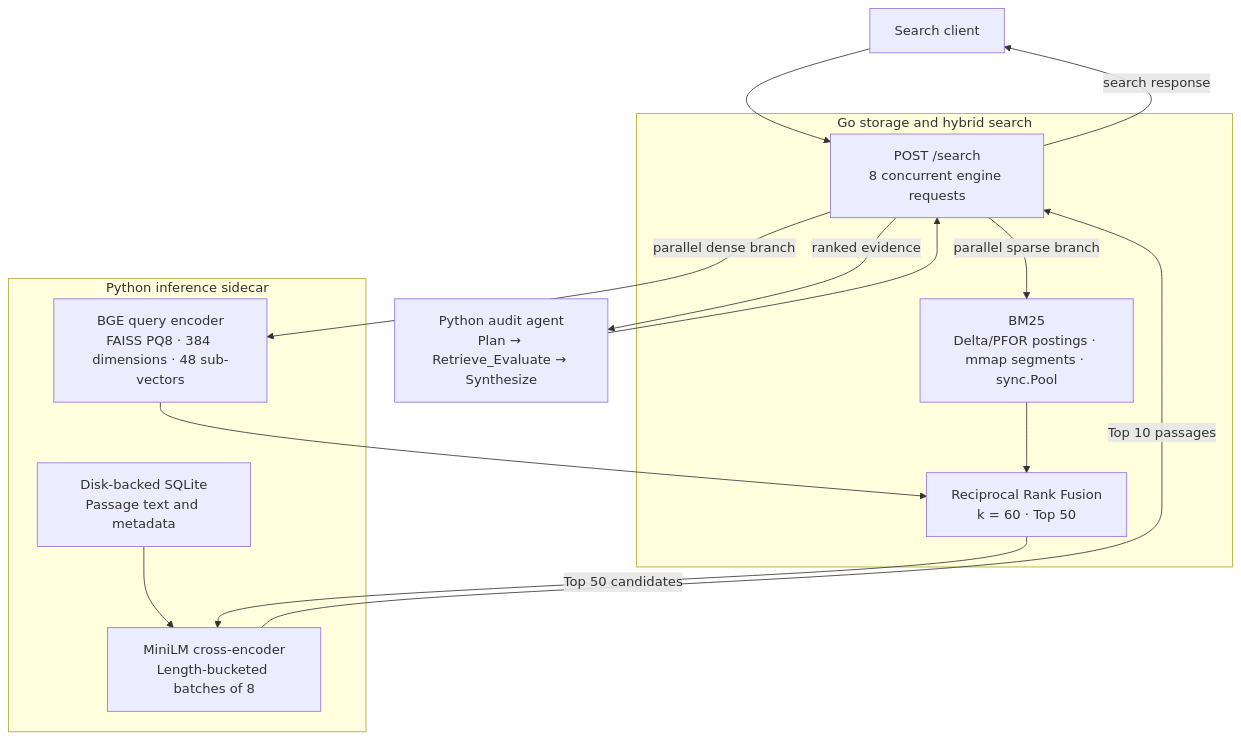
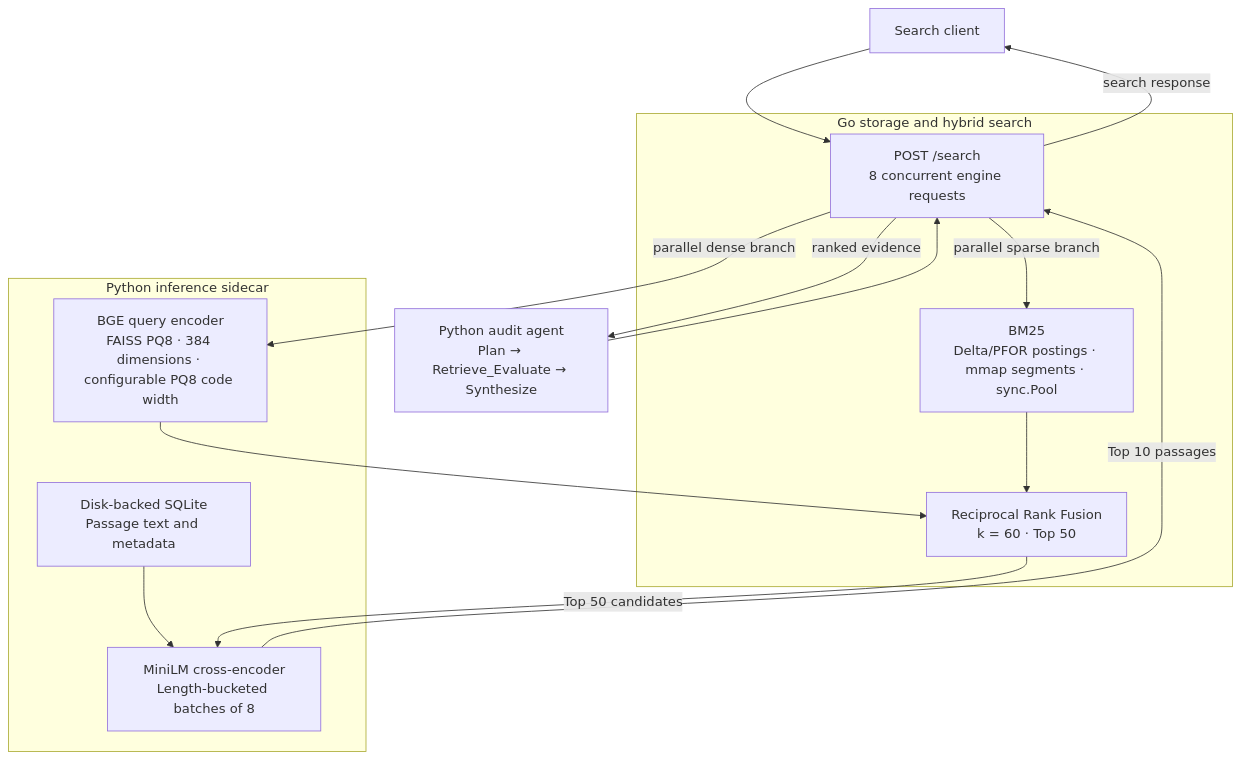
The diagram in README.md (JCHETAN26/FinFilings-AI), drawn with Mermaid before and after one commit. The commit also changed other lines of this file and 294 other files, not shown here.

````diff
--- a/README.md
+++ b/README.md
@@ -13,27 +13,27 @@
 ```mermaid
 flowchart TB
     Client["Search client"] --> API
     Agent["Python audit agent<br/>Plan → Retrieve_Evaluate → Synthesize"] --> API
 
     subgraph Go["Go storage and hybrid search"]
         API["POST /search<br/>8 concurrent engine requests"]
         Sparse["BM25<br/>Delta/PFOR postings · mmap segments · sync.Pool"]
         Fusion["Reciprocal Rank Fusion<br/>k = 60 · Top 50"]
         API -->|parallel sparse branch| Sparse
         Sparse --> Fusion
     end
 
     subgraph Python["Python inference sidecar"]
-        Dense["BGE query encoder<br/>FAISS PQ8 · 384 dimensions · 48 sub-vectors"]
+        Dense["BGE query encoder<br/>FAISS PQ8 · 384 dimensions · configurable PQ8 code width"]
         Rerank["MiniLM cross-encoder<br/>Length-bucketed batches of 8"]
         Store["Disk-backed SQLite<br/>Passage text and metadata"]
         Store --> Rerank
     end
 
     API -->|parallel dense branch| Dense
     Dense --> Fusion
     Fusion -->|Top 50 candidates| Rerank
     Rerank -->|Top 10 passages| API
     API -->|ranked evidence| Agent
     API -->|search response| Client
 ```
````
